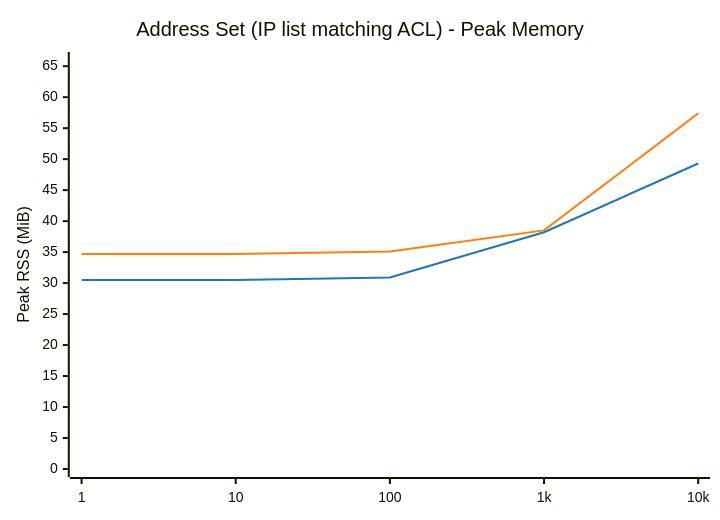
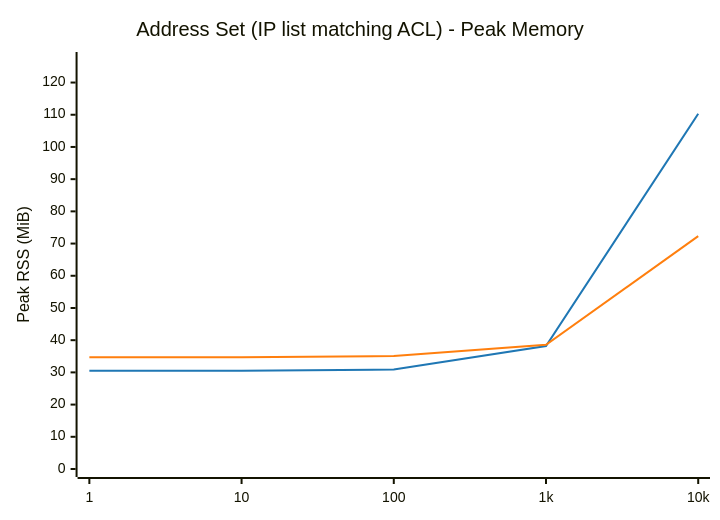
Before and after one commit to LionelJouin/ovs-ovn-bench: the sixth of 14 diagrams in results/BENCHMARK_REPORT.md, drawn with Mermaid. The commit also changed other lines of this file and 4 other files, not shown here.

````diff
--- a/results/BENCHMARK_REPORT.md
+++ b/results/BENCHMARK_REPORT.md
@@ -377,14 +377,14 @@
 ```mermaid
 ---
 config:
     themeVariables:
         xyChart:
             plotColorPalette: "#1f77b4, #ff7f0e"
 ---
 xychart-beta
     title "Address Set (IP list matching ACL) - Peak Memory"
     x-axis ["1", "10", "100", "1k", "10k"]
-    y-axis "Peak RSS (MiB)" 0 --> 66
-    line "glibc malloc" [30.5, 30.5, 30.9, 38.2, 49.3]
-    line "jemalloc" [34.7, 34.7, 35.1, 38.5, 57.4]
+    y-axis "Peak RSS (MiB)" 0 --> 127
+    line "glibc malloc" [30.5, 30.5, 30.9, 38.2, 110.3]
+    line "jemalloc" [34.7, 34.7, 35.1, 38.6, 72.3]
 ```
````
